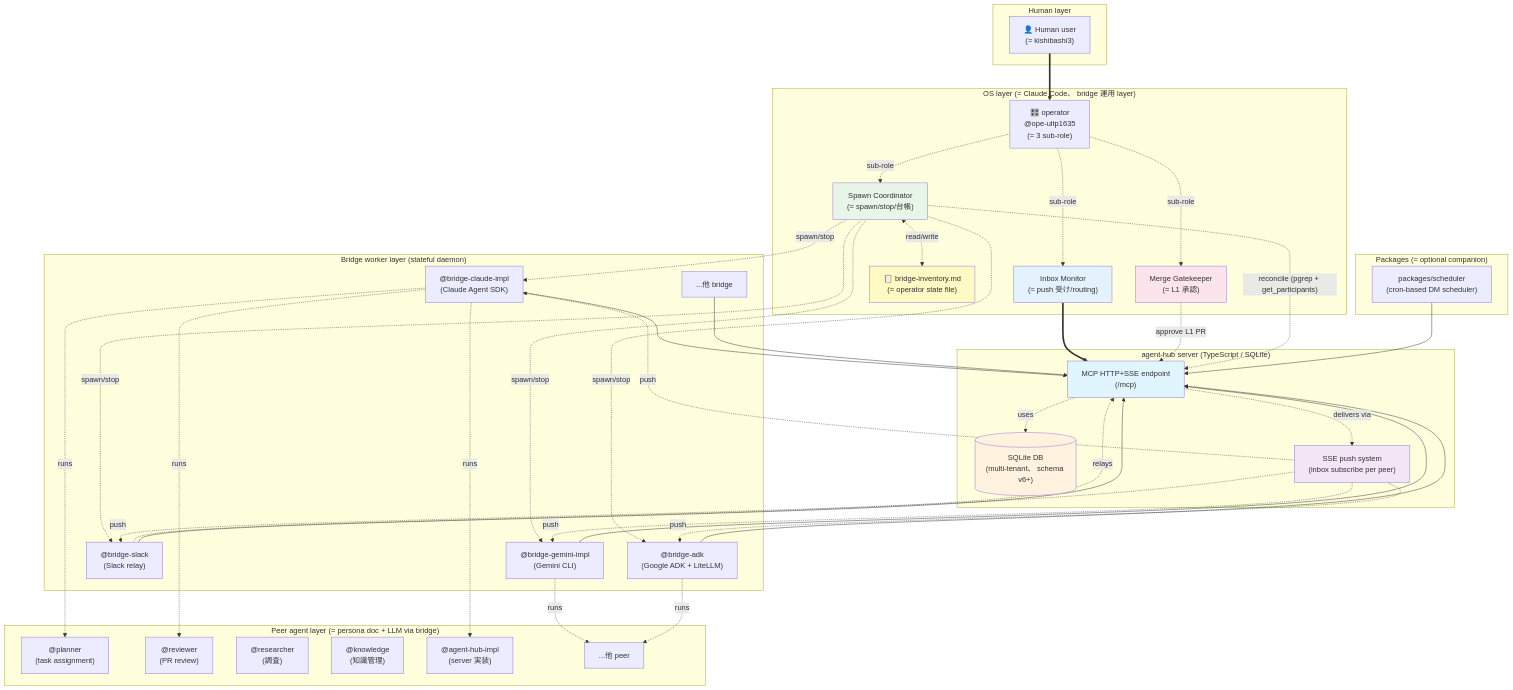
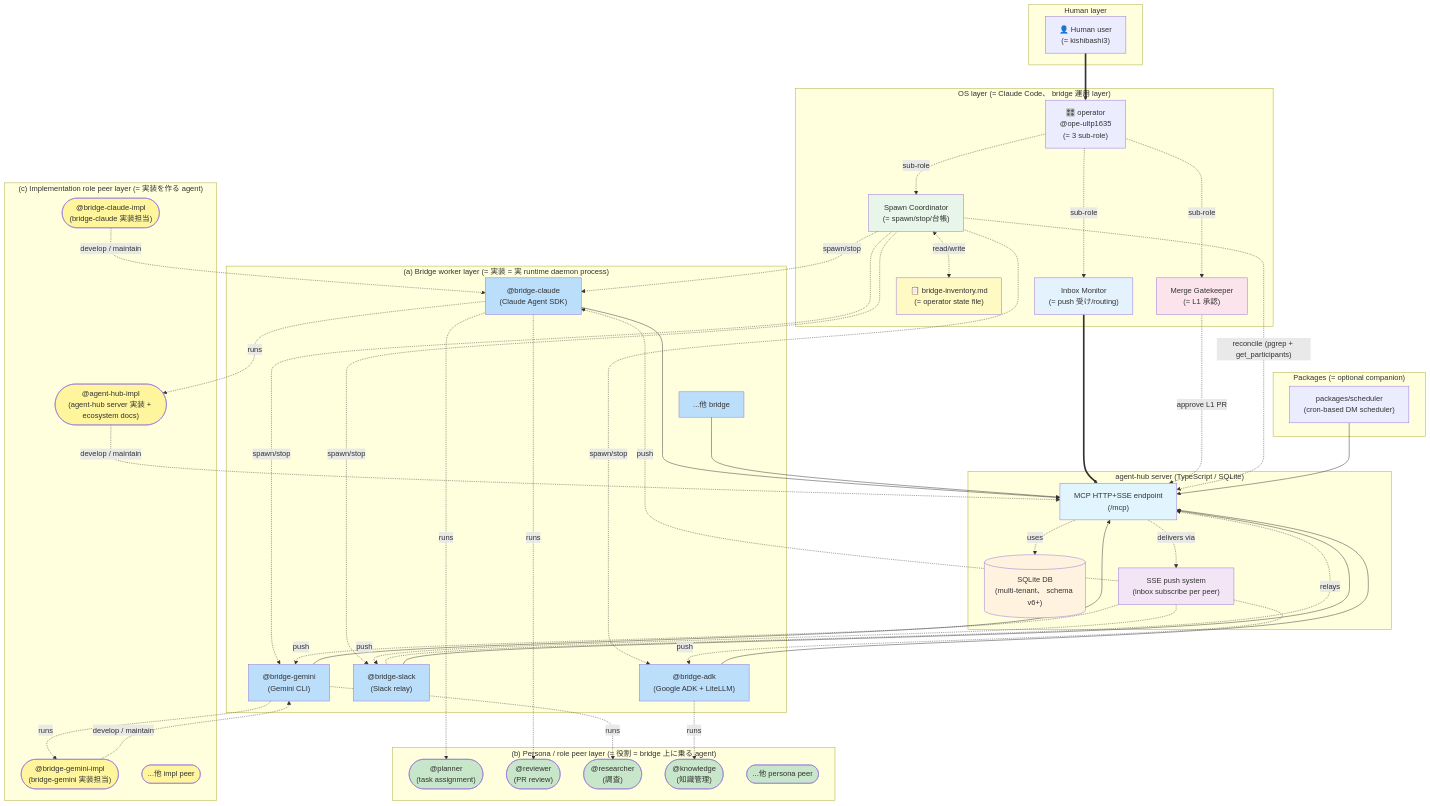
The first of 5 diagrams in docs/architecture.md (kishibashi3/agent-hub), drawn with Mermaid before and after one commit. The commit also changed other lines of this file, not shown here.

````diff
--- a/docs/architecture.md
+++ b/docs/architecture.md
@@ -40,21 +40,27 @@
         MCP -.delivers via.-> SSE
     end
 
-    subgraph "Bridge worker layer (stateful daemon)"
-        BC["@bridge-claude-impl<br/>(Claude Agent SDK)"]
-        BG["@bridge-gemini-impl<br/>(Gemini CLI)"]
+    subgraph "(a) Bridge worker layer (= 実装 = 実 runtime daemon process)"
+        BC["@bridge-claude<br/>(Claude Agent SDK)"]
+        BG["@bridge-gemini<br/>(Gemini CLI)"]
         BS["@bridge-slack<br/>(Slack relay)"]
         BA["@bridge-adk<br/>(Google ADK + LiteLLM)"]
         OtherBridge["...他 bridge"]
     end
 
-    subgraph "Peer agent layer (= persona doc + LLM via bridge)"
-        Planner["@planner<br/>(task assignment)"]
-        Reviewer["@reviewer<br/>(PR review)"]
-        Researcher["@researcher<br/>(調査)"]
-        Knowledge["@knowledge<br/>(知識管理)"]
-        Impl["@agent-hub-impl<br/>(server 実装)"]
-        OtherPeers["...他 peer"]
+    subgraph "(b) Persona / role peer layer (= 役割 = bridge 上に乗る agent)"
+        Planner(["@planner<br/>(task assignment)"])
+        Reviewer(["@reviewer<br/>(PR review)"])
+        Researcher(["@researcher<br/>(調査)"])
+        Knowledge(["@knowledge<br/>(知識管理)"])
+        OtherPeers(["...他 persona peer"])
+    end
+
+    subgraph "(c) Implementation role peer layer (= 実装を作る agent)"
+        BCImpl(["@bridge-claude-impl<br/>(bridge-claude 実装担当)"])
+        BGImpl(["@bridge-gemini-impl<br/>(bridge-gemini 実装担当)"])
+        AHImpl(["@agent-hub-impl<br/>(agent-hub server 実装 + ecosystem docs)"])
+        OtherImpl(["...他 impl peer"])
     end
 
     subgraph "Packages (= optional companion)"
@@ -72,11 +78,16 @@
     SpawnCoord -.reconcile (pgrep + get_participants).-> MCP
 
     BC -.runs.-> Reviewer
-    BC -.runs.-> Impl
     BC -.runs.-> Planner
-    BG -.runs.-> OtherPeers
+    BC -.runs.-> AHImpl
+    BG -.runs.-> Researcher
+    BG -.runs.-> BGImpl
     BS -.relays.-> MCP
-    BA -.runs.-> OtherPeers
+    BA -.runs.-> Knowledge
+
+    BCImpl -.develop / maintain.-> BC
+    BGImpl -.develop / maintain.-> BG
+    AHImpl -.develop / maintain.-> MCP
 
     BC --> MCP
     BG --> MCP
@@ -98,4 +109,18 @@
     style SpawnCoord fill:#e8f5e9
     style MergeGate fill:#fce4ec
     style InboxMon fill:#e3f2fd
+    style BC fill:#bbdefb
+    style BG fill:#bbdefb
+    style BS fill:#bbdefb
+    style BA fill:#bbdefb
+    style OtherBridge fill:#bbdefb
+    style Planner fill:#c8e6c9
+    style Reviewer fill:#c8e6c9
+    style Researcher fill:#c8e6c9
+    style Knowledge fill:#c8e6c9
+    style OtherPeers fill:#c8e6c9
+    style BCImpl fill:#fff59d
+    style BGImpl fill:#fff59d
+    style AHImpl fill:#fff59d
+    style OtherImpl fill:#fff59d
 ```
````
